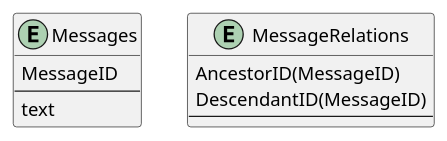
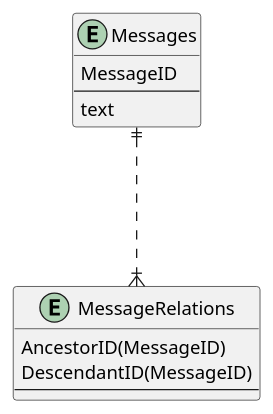
The diagram in database_design/データベース設計のアンチパターンを学ぶ4/messages.pu (kyainuma/praha_challenge), drawn with PlantUML before and after one commit.

Commit message:
add:relation

```diff
--- a/database_design/データベース設計のアンチパターンを学ぶ4/messages.pu
+++ b/database_design/データベース設計のアンチパターンを学ぶ4/messages.pu
@@ -1,15 +1,17 @@
 @startuml
 
 entity Messages {
   MessageID
   --
   text
 }
 
 entity MessageRelations {
   AncestorID(MessageID)
   DescendantID(MessageID)
   --
 }
 
+Messages ||...|{ MessageRelations
+
 @enduml
```
